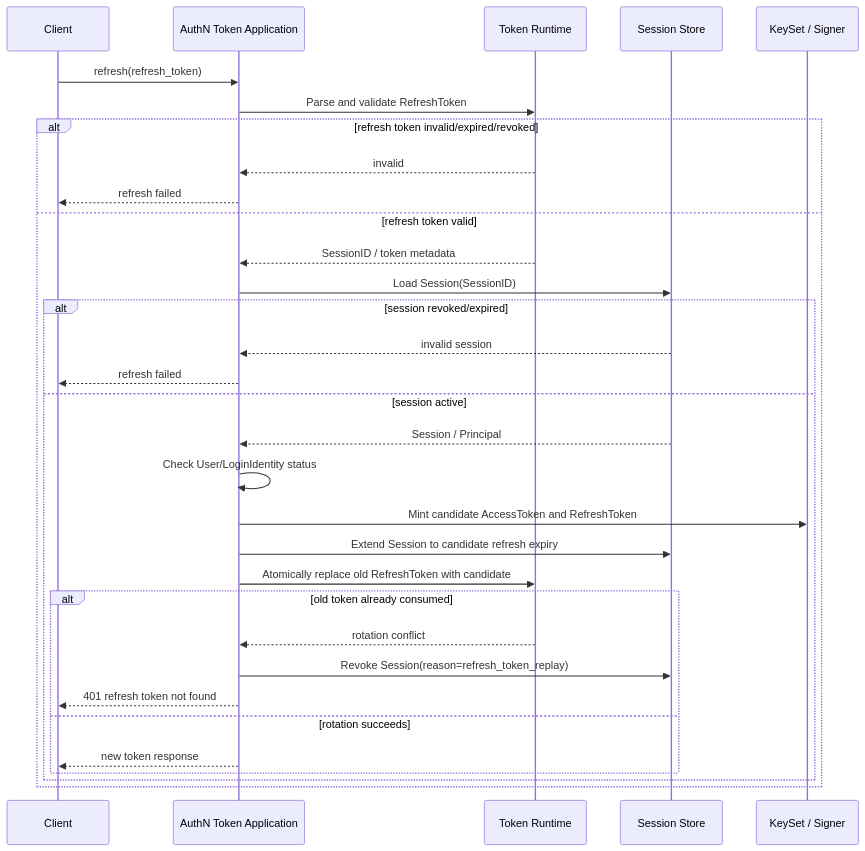
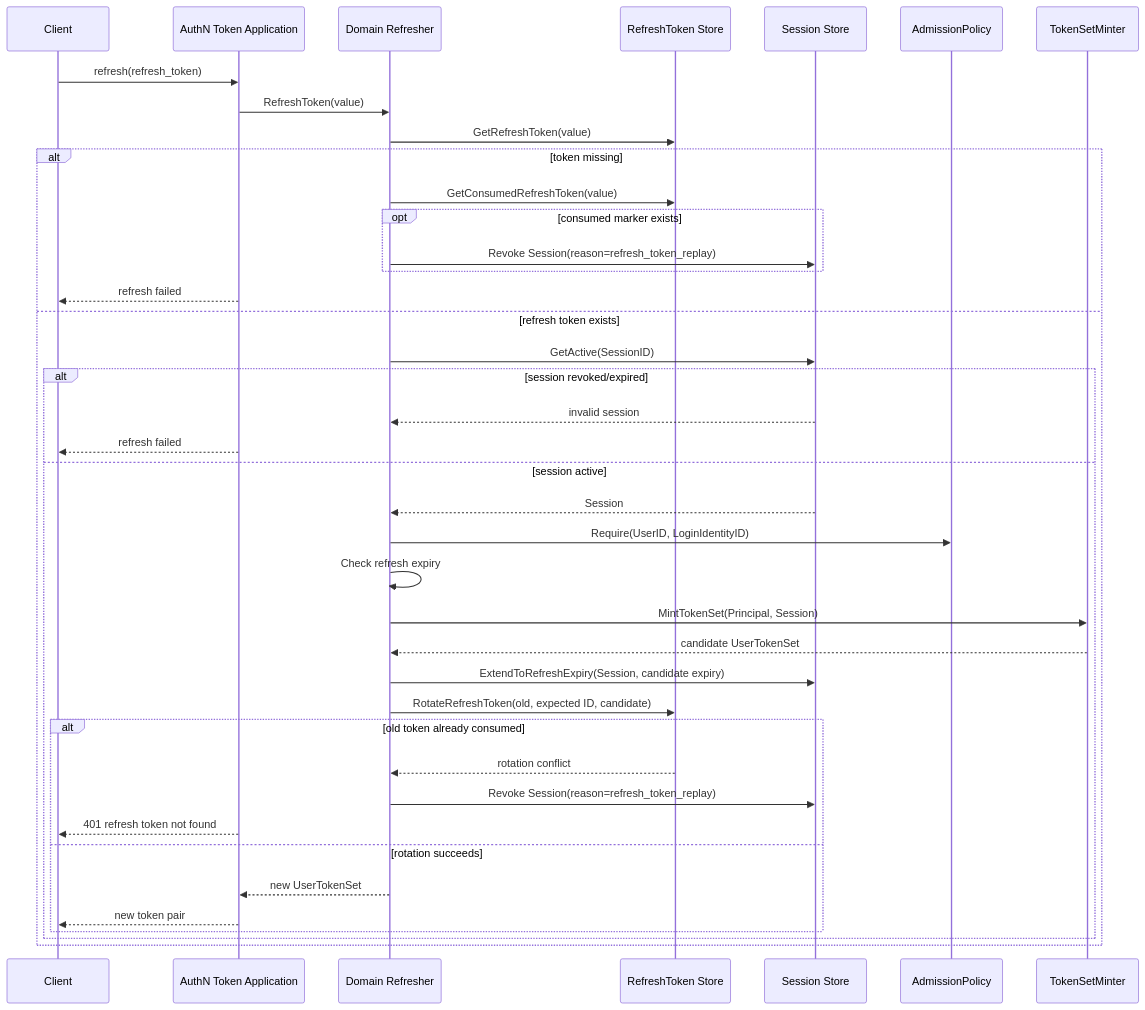
The fourth of 9 diagrams in docs/02-业务模块/02-AuthN/05-关键链路-Token签发刷新吊销.md (FangcunMount/iam), drawn with Mermaid before and after one commit. The commit also changed other lines of this file and 61 other files, not shown here.

````diff
--- a/docs/02-业务模块/02-AuthN/05-关键链路-Token签发刷新吊销.md
+++ b/docs/02-业务模块/02-AuthN/05-关键链路-Token签发刷新吊销.md
@@ -344,35 +369,43 @@
 ```mermaid
 sequenceDiagram
     participant C as Client
     participant A as AuthN Token Application
-    participant TR as Token Runtime
+    participant R as Domain Refresher
+    participant TS as RefreshToken Store
     participant SS as Session Store
-    participant KS as KeySet / Signer
+    participant AP as AdmissionPolicy
+    participant TM as TokenSetMinter
 
     C->>A: refresh(refresh_token)
-    A->>TR: Parse and validate RefreshToken
-    alt refresh token invalid/expired/revoked
-        TR-->>A: invalid
+    A->>R: RefreshToken(value)
+    R->>TS: GetRefreshToken(value)
+    alt token missing
+        R->>TS: GetConsumedRefreshToken(value)
+        opt consumed marker exists
+            R->>SS: Revoke Session(reason=refresh_token_replay)
+        end
         A-->>C: refresh failed
-    else refresh token valid
-        TR-->>A: SessionID / token metadata
-        A->>SS: Load Session(SessionID)
+    else refresh token exists
+        R->>SS: GetActive(SessionID)
         alt session revoked/expired
-            SS-->>A: invalid session
+            SS-->>R: invalid session
             A-->>C: refresh failed
         else session active
-            SS-->>A: Session / Principal
-            A->>A: Check User/LoginIdentity status
-            A->>KS: Mint candidate AccessToken and RefreshToken
-            A->>SS: Extend Session to candidate refresh expiry
-            A->>TR: Atomically replace old RefreshToken with candidate
+            SS-->>R: Session
+            R->>AP: Require(UserID, LoginIdentityID)
+            R->>R: Check refresh expiry
+            R->>TM: MintTokenSet(Principal, Session)
+            TM-->>R: candidate UserTokenSet
+            R->>SS: ExtendToRefreshExpiry(Session, candidate expiry)
+            R->>TS: RotateRefreshToken(old, expected ID, candidate)
             alt old token already consumed
-                TR-->>A: rotation conflict
-                A->>SS: Revoke Session(reason=refresh_token_replay)
+                TS-->>R: rotation conflict
+                R->>SS: Revoke Session(reason=refresh_token_replay)
                 A-->>C: 401 refresh token not found
             else rotation succeeds
-                A-->>C: new token response
+                R-->>A: new UserTokenSet
+                A-->>C: new token pair
             end
         end
     end
 ```
````
